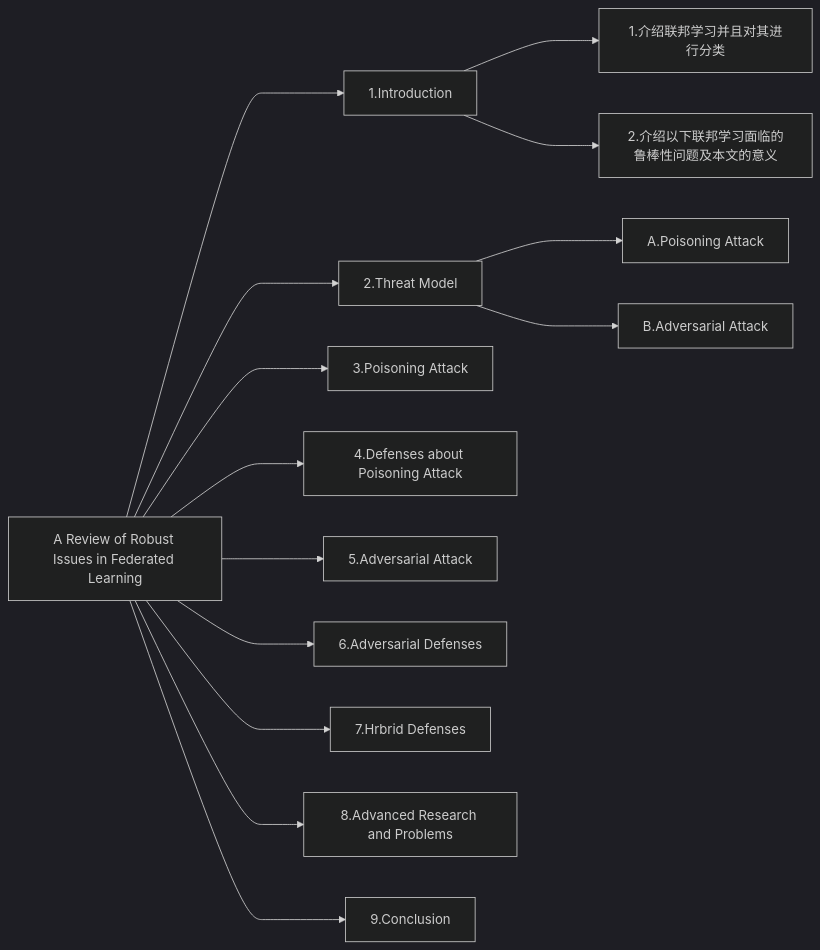
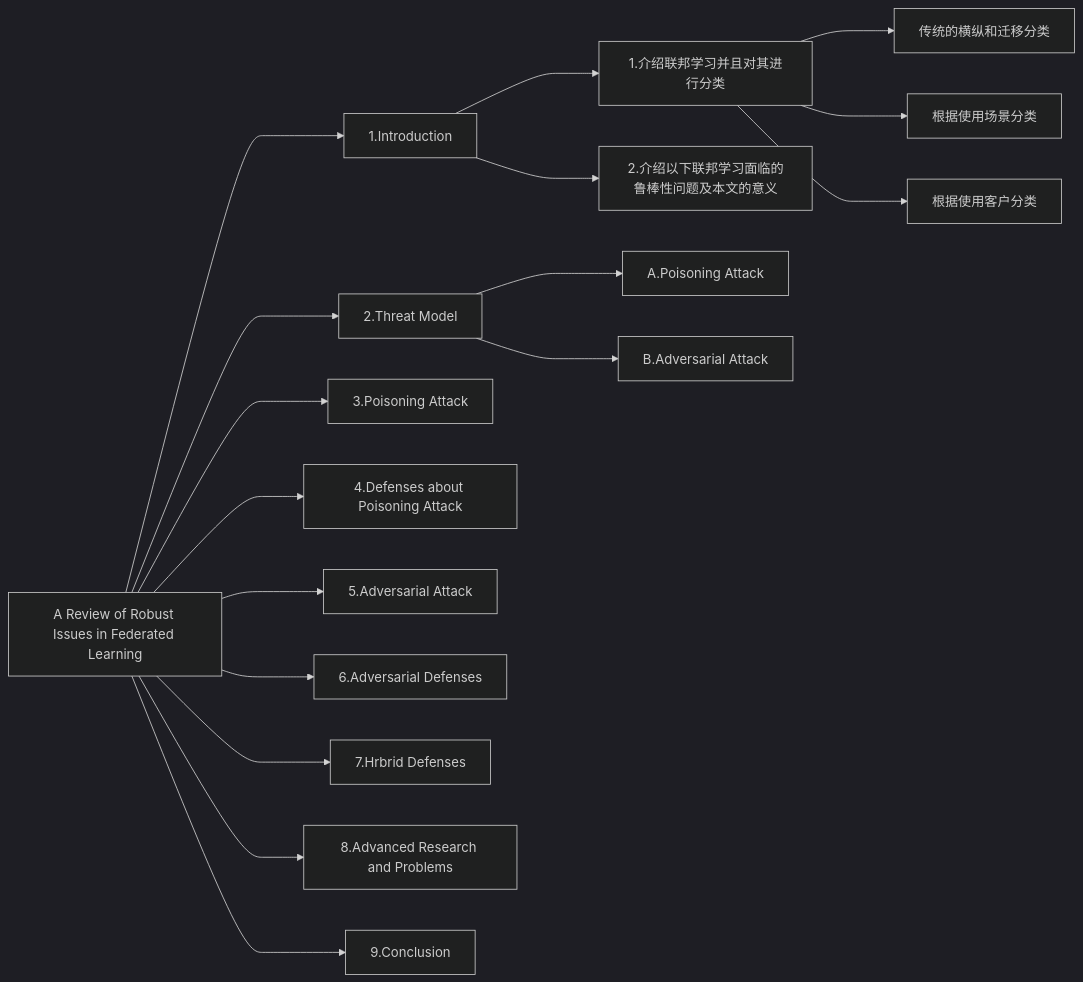
The diagram in README.en.md (YunHao-Von/FederatedLearningSurvey), drawn with Mermaid (dark theme) before and after one commit. The commit also changed other lines of this file and 8 other files, not shown here.

````diff
--- a/README.en.md
+++ b/README.en.md
@@ -33,20 +8,23 @@
  ```mermaid
    graph LR
        a[A Review of Robust Issues in Federated Learning]  
     a ---> b1[1.Introduction]  
-    b1 ---> b1a[1.介绍联邦学习并且对其进行分类]
+    b1 ---> b1a[1.介绍联邦学习并且对其进行分类] 
+    b1a ---> b1a1["传统的横纵和迁移分类"]
+    b1a ---> b1a2["根据使用场景分类"] 
+    b1a ---> b1a3["根据使用客户分类"]
     b1 ---> b1b[2.介绍以下联邦学习面临的鲁棒性问题及本文的意义]
 
     a ---> b2[2.Threat Model]  
     b2 ---> b2a[A.Poisoning Attack]
     b2 ---> b2b[B.Adversarial Attack]  
     a ---> b3[3.Poisoning Attack]
     a ---> b4[4.Defenses about Poisoning Attack]
     a ---> b5[5.Adversarial Attack]
     a ---> b6[6.Adversarial Defenses]  
     a ---> b7[7.Hrbrid Defenses]
     a ---> b8[8.Advanced Research and Problems]  
     a ---> b9[9.Conclusion]
 
 
    ```
````
